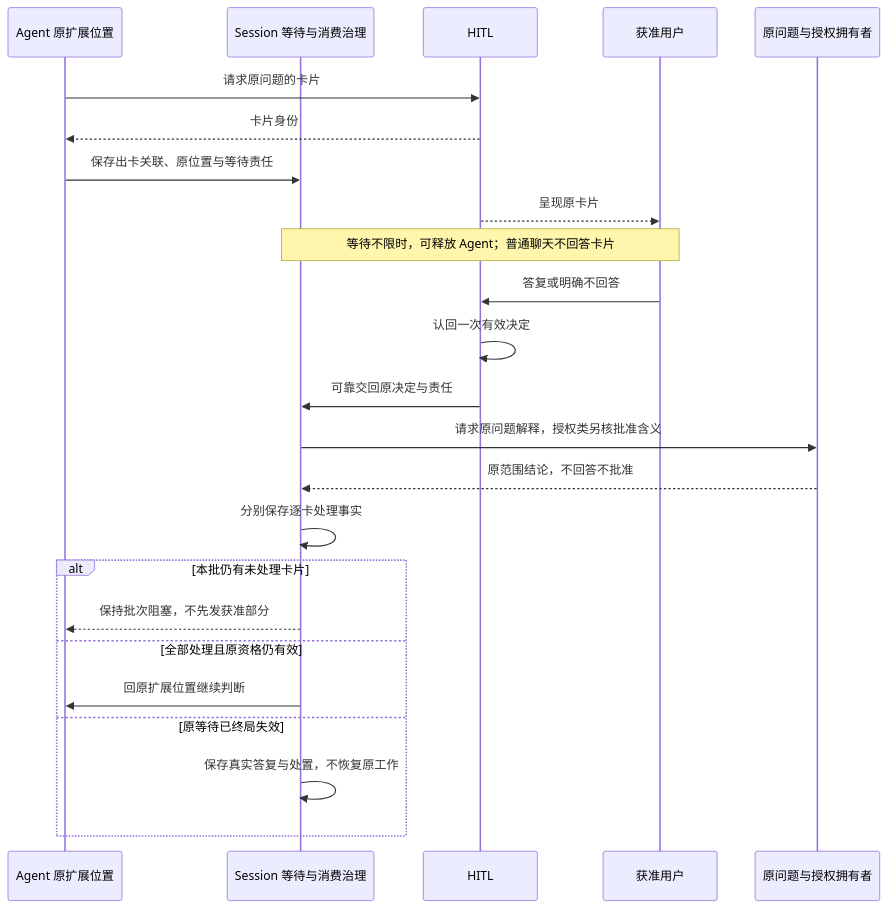
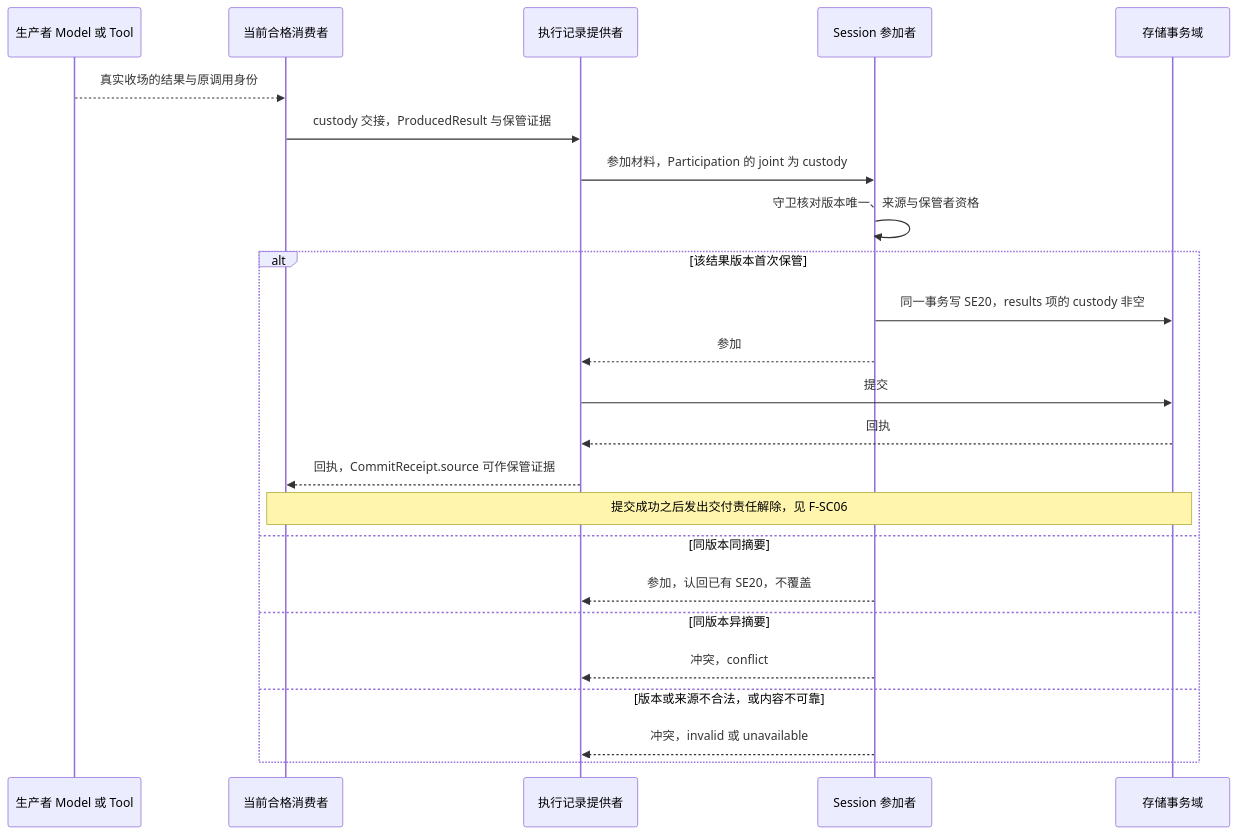
The fourth of 17 diagrams in packages/session/session-contract/docs/flows/scenarios.md (nemori-ai/omne-harness-lite), drawn with Mermaid before and after one commit. The commit also changed other lines of this file and 5 other files, not shown here.

````diff
--- a/packages/session/session-contract/docs/flows/scenarios.md
+++ b/packages/session/session-contract/docs/flows/scenarios.md
@@ -144,26 +194,26 @@
 ```mermaid
 sequenceDiagram
-    participant A as Agent 原扩展位置
-    participant S as Session 等待与消费治理
-    participant H as HITL
-    participant U as 获准用户
-    participant Z as 原问题与授权拥有者
-    A->>H: 请求原问题的卡片
-    H-->>A: 卡片身份
-    A->>S: 保存出卡关联、原位置与等待责任
-    H-->>U: 呈现原卡片
-    Note over S,U: 等待不限时，可释放 Agent；普通聊天不回答卡片
-    U->>H: 答复或明确不回答
-    H->>H: 认回一次有效决定
-    H->>S: 可靠交回原决定与责任
-    S->>Z: 请求原问题解释，授权类另核批准含义
-    Z-->>S: 原范围结论，不回答不批准
-    S->>S: 分别保存逐卡处理事实
-    alt 本批仍有未处理卡片
-        S-->>A: 保持批次阻塞，不先发获准部分
-    else 全部处理且原资格仍有效
-        S->>A: 回原扩展位置继续判断
-    else 原等待已终局失效
-        S->>S: 保存真实答复与处置，不恢复原工作
+    participant P as 生产者 Model 或 Tool
+    participant A as 当前合格消费者
+    participant J as 执行记录提供者
+    participant S as Session 参加者
+    participant D as 存储事务域
+    P-->>A: 真实收场的结果与原调用身份
+    A->>J: custody 交接，ProducedResult 与保管证据
+    J->>S: 参加材料，Participation 的 joint 为 custody
+    S->>S: 守卫核对版本唯一、来源与保管者资格
+    alt 该结果版本首次保管
+        S->>D: 同一事务写 SE20，results 项的 custody 非空
+        S-->>J: 参加
+        J->>D: 提交
+        D-->>J: 回执
+        J-->>A: 回执，CommitReceipt.source 可作保管证据
+        Note over A,D: 提交成功之后发出交付责任解除，见 F-SC06
+    else 同版本同摘要
+        S-->>J: 参加，认回已有 SE20，不覆盖
+    else 同版本异摘要
+        S-->>J: 冲突，conflict
+    else 版本或来源不合法，或内容不可靠
+        S-->>J: 冲突，invalid 或 unavailable
     end
 ```
````
